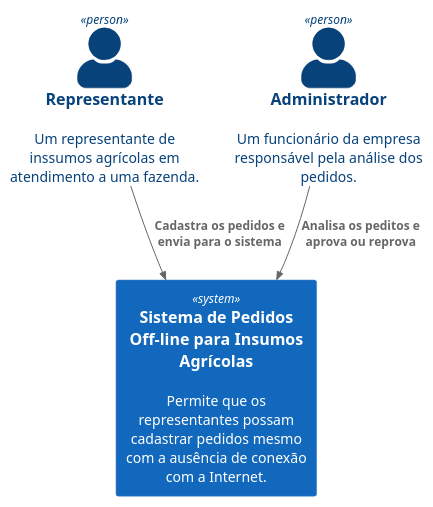
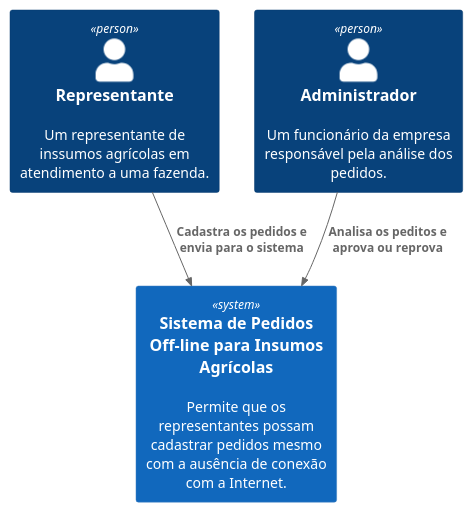
The diagram in doc/diagramas/nivel_1_diagrama_de_contexto.plantuml (mal2celo/ProjetoIntegradoASD), drawn with PlantUML before and after one commit. The commit also changed 21 other files, not shown here.

```diff
--- a/doc/diagramas/nivel_1_diagrama_de_contexto.plantuml
+++ b/doc/diagramas/nivel_1_diagrama_de_contexto.plantuml
@@ -1,14 +1,12 @@
 @startuml Diagrama de Contexto
 !include https://raw.githubusercontent.com/plantuml-stdlib/C4-PlantUML/master/C4_Container.puml
-
-SHOW_PERSON_PORTRAIT()
 
 Person(representante,"Representante","Um representante de inssumos agrícolas em atendimento a uma fazenda.")
 Person(administrador,"Administrador","Um funcionário da empresa responsável pela análise dos pedidos.")
 
 System(backend,"Sistema de Pedidos Off-line para Insumos Agrícolas","Permite que os representantes possam cadastrar pedidos mesmo com a ausência de conexão com a Internet.")
 
 Rel(representante,backend,"Cadastra os pedidos e envia para o sistema")
 Rel(administrador,backend,"Analisa os peditos e aprova ou reprova")
 
 @enduml
```
